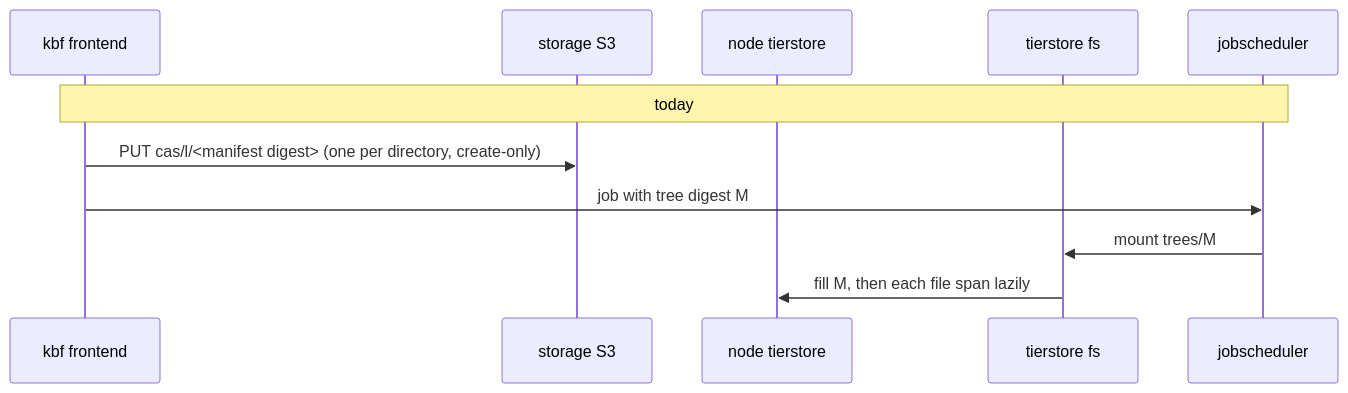
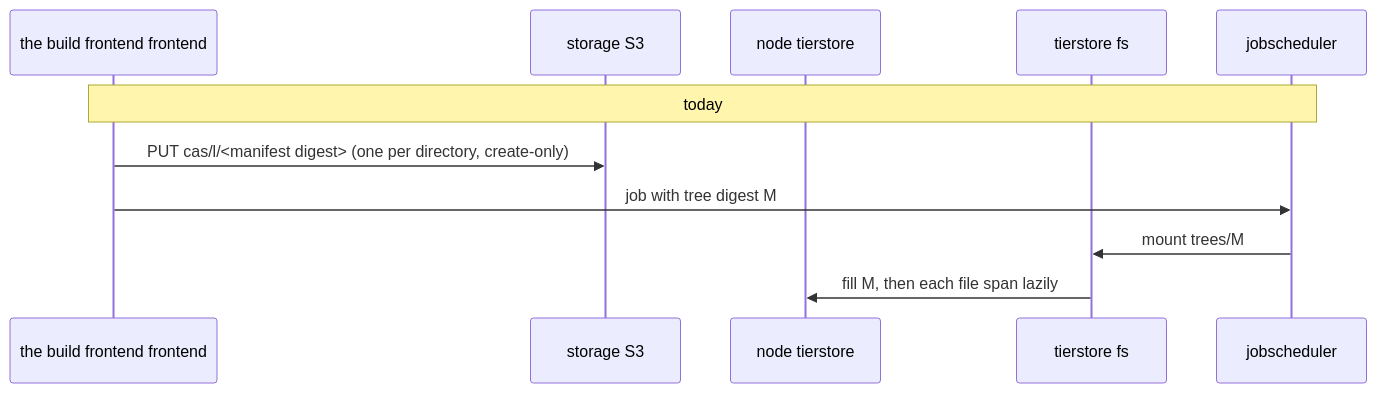
Before and after one commit to komira-ai/tierstore: the first of 3 diagrams in docs/design/node-local-trees.md, drawn with Mermaid. The commit also changed other lines of this file, not shown here.

Commit message:
Node-local trees design: name the build frontend generically so the banned-name check passes

````diff
--- a/docs/design/node-local-trees.md
+++ b/docs/design/node-local-trees.md
@@ -307,13 +307,13 @@
 ```mermaid
 sequenceDiagram
-    participant K as kbf frontend
+    participant K as the build frontend frontend
     participant S as storage S3
     participant N as node tierstore
     participant F as tierstore fs
     participant J as jobscheduler
     Note over K,J: today
     K->>S: PUT cas/l/<manifest digest> (one per directory, create-only)
     K->>J: job with tree digest M
     J->>F: mount trees/M
     F->>N: fill M, then each file span lazily
 ```
````
